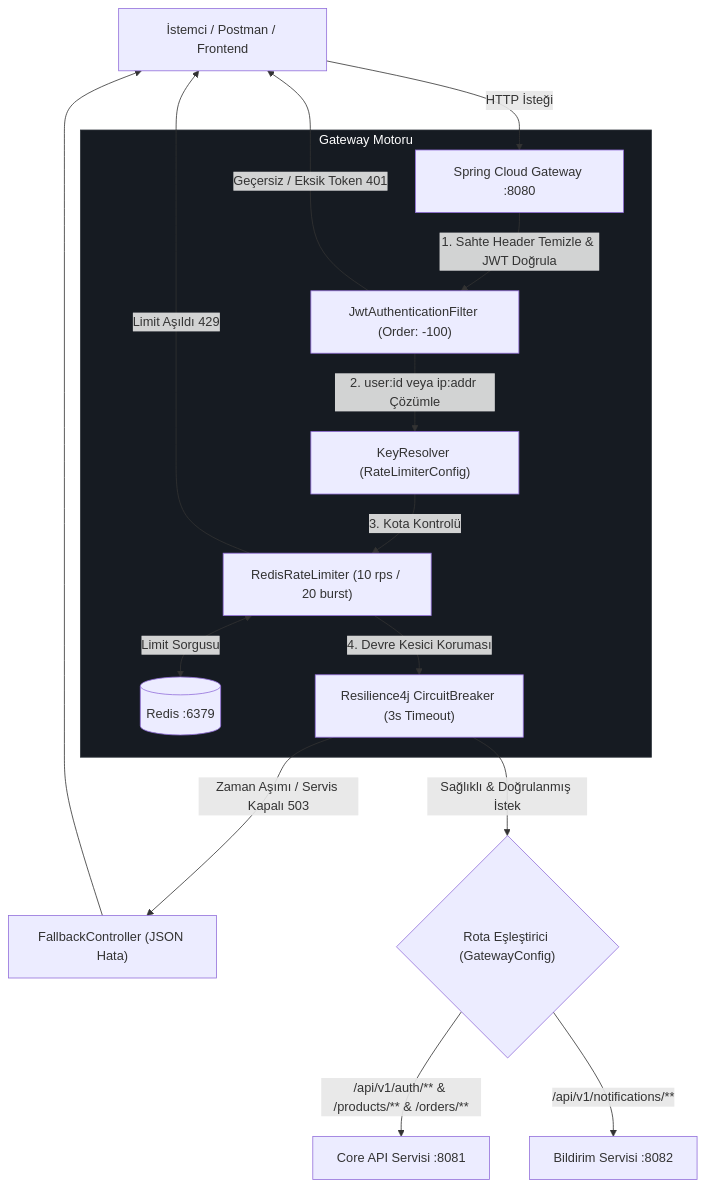
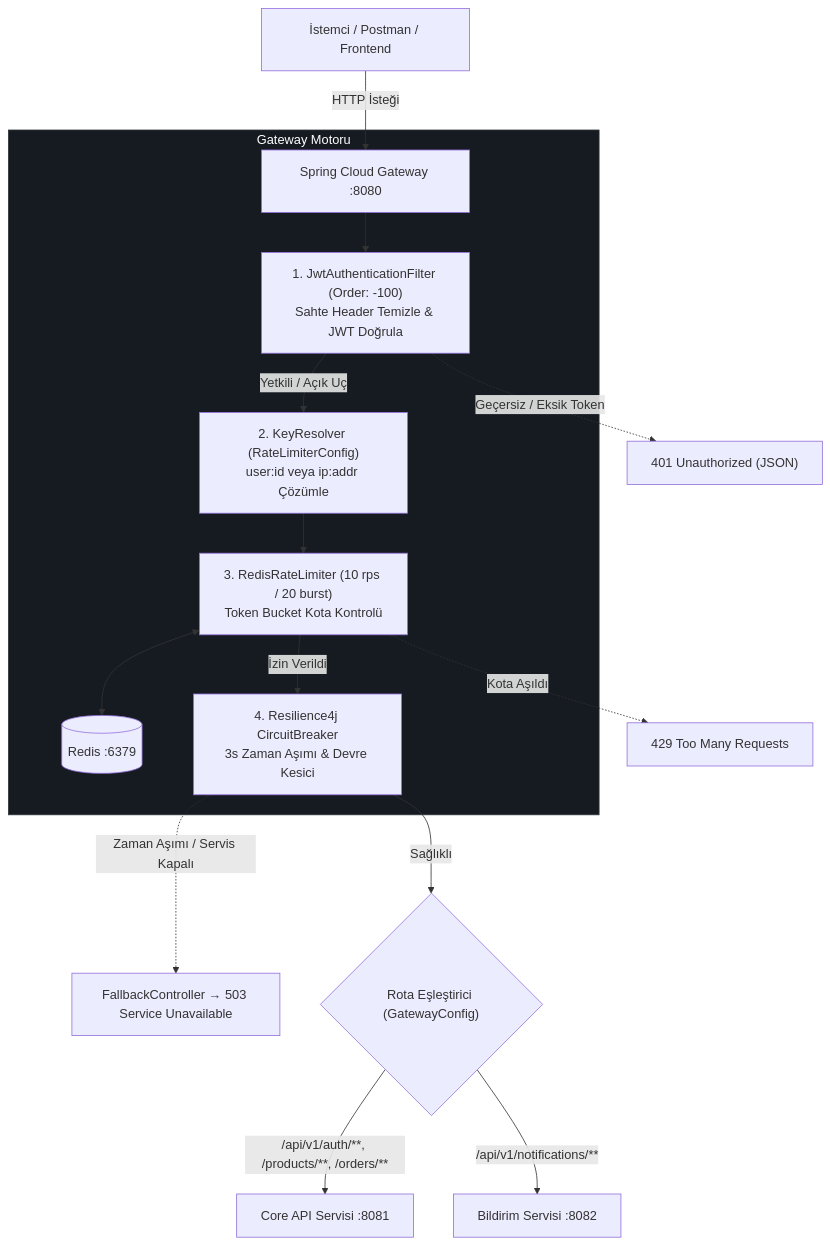
The second of 2 diagrams in README.md (yusufkayiss/api-gateway), drawn with Mermaid before and after one commit. The commit also changed other lines of this file, not shown here.

Commit message:
Update architecture diagram and Turkish section

````diff
--- a/README.md
+++ b/README.md
@@ -103,23 +102,22 @@
 ```mermaid
-graph TD
+flowchart TD
     Client[İstemci / Postman / Frontend] -->|HTTP İsteği| Gateway[Spring Cloud Gateway :8080]
-    
+
     subgraph GatewayEngine ["Gateway Motoru"]
-        Gateway -->|1. Sahte Header Temizle & JWT Doğrula| AuthFilter["JwtAuthenticationFilter (Order: -100)"]
-        AuthFilter -->|2. user:id veya ip:addr Çözümle| KeyRes["KeyResolver (RateLimiterConfig)"]
-        KeyRes -->|3. Kota Kontrolü| RedisLimiter["RedisRateLimiter (10 rps / 20 burst)"]
-        RedisLimiter <-->|Limit Sorgusu| Redis[(Redis :6379)]
-        RedisLimiter -->|4. Devre Kesici Koruması| CB["Resilience4j CircuitBreaker (3s Timeout)"]
+        Gateway --> AuthFilter["1. JwtAuthenticationFilter (Order: -100)<br/>Sahte Header Temizle & JWT Doğrula"]
+        AuthFilter -->|Yetkili / Açık Uç| KeyRes["2. KeyResolver (RateLimiterConfig)<br/>user:id veya ip:addr Çözümle"]
+        KeyRes --> RedisLimiter["3. RedisRateLimiter (10 rps / 20 burst)<br/>Token Bucket Kota Kontrolü"]
+        RedisLimiter <--> Redis[(Redis :6379)]
+        RedisLimiter -->|İzin Verildi| CB["4. Resilience4j CircuitBreaker<br/>3s Zaman Aşımı & Devre Kesici"]
     end
-    
-    AuthFilter -->|Geçersiz / Eksik Token 401| Client
-    RedisLimiter -->|Limit Aşıldı 429| Client
-    CB -->|Zaman Aşımı / Servis Kapalı 503| Fallback["FallbackController (JSON Hata)"]
-    Fallback --> Client
-    
-    CB -->|Sağlıklı & Doğrulanmış İstek| Routing{"Rota Eşleştirici (GatewayConfig)"}
-    Routing -->|/api/v1/auth/** & /products/** & /orders/**| CoreAPI["Core API Servisi :8081"]
+
+    AuthFilter -.->|Geçersiz / Eksik Token| Err401["401 Unauthorized (JSON)"]
+    RedisLimiter -.->|Kota Aşıldı| Err429["429 Too Many Requests"]
+    CB -.->|Zaman Aşımı / Servis Kapalı| Fallback["FallbackController → 503 Service Unavailable"]
+
+    CB -->|Sağlıklı| Routing{"Rota Eşleştirici (GatewayConfig)"}
+    Routing -->|/api/v1/auth/**, /products/**, /orders/**| CoreAPI["Core API Servisi :8081"]
     Routing -->|/api/v1/notifications/**| NotifAPI["Bildirim Servisi :8082"]
 
     style GatewayEngine fill:#161b22,stroke:#30363d,stroke-width:1px,color:#fff
 ```
````
